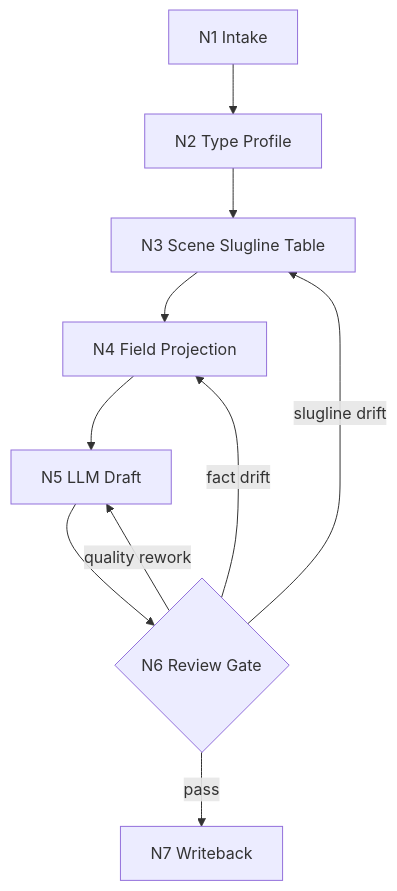
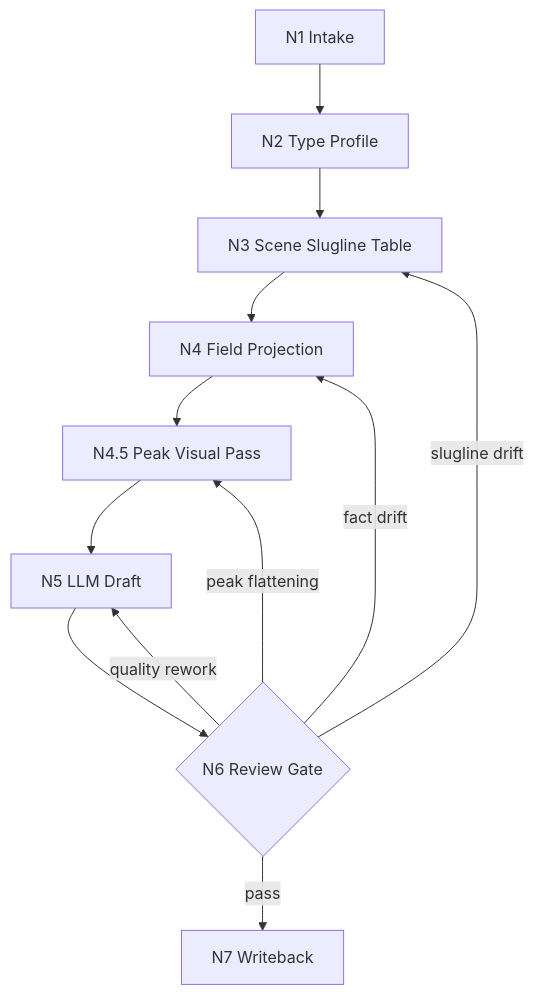
One commit to ZEN-VOID/AI-CUT changed the diagram in .agents/skills/aigc/2-编导/steps/directing-workflow.md. Above: the diagram before and after it, drawn with Mermaid. The commit also changed other lines of this file and 127 other files, not shown here.

````diff
--- a/.agents/skills/aigc/2-编导/steps/directing-workflow.md
+++ b/.agents/skills/aigc/2-编导/steps/directing-workflow.md
@@ -46,12 +49,14 @@
 ```mermaid
 flowchart TD
     A["N1 Intake"] --> B["N2 Type Profile"]
     B --> C["N3 Scene Slugline Table"]
     C --> D["N4 Field Projection"]
-    D --> E["N5 LLM Draft"]
+    D --> H["N4.5 Peak Visual Pass"]
+    H --> E["N5 LLM Draft"]
     E --> F{"N6 Review Gate"}
     F -->|"pass"| G["N7 Writeback"]
     F -->|"fact drift"| D
+    F -->|"peak flattening"| H
     F -->|"slugline drift"| C
     F -->|"quality rework"| E
 ```
````
